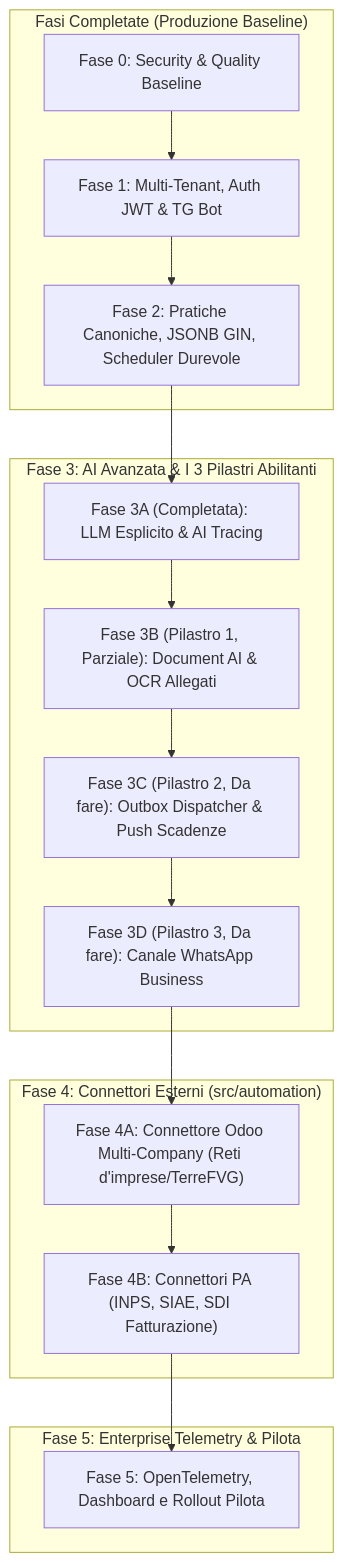
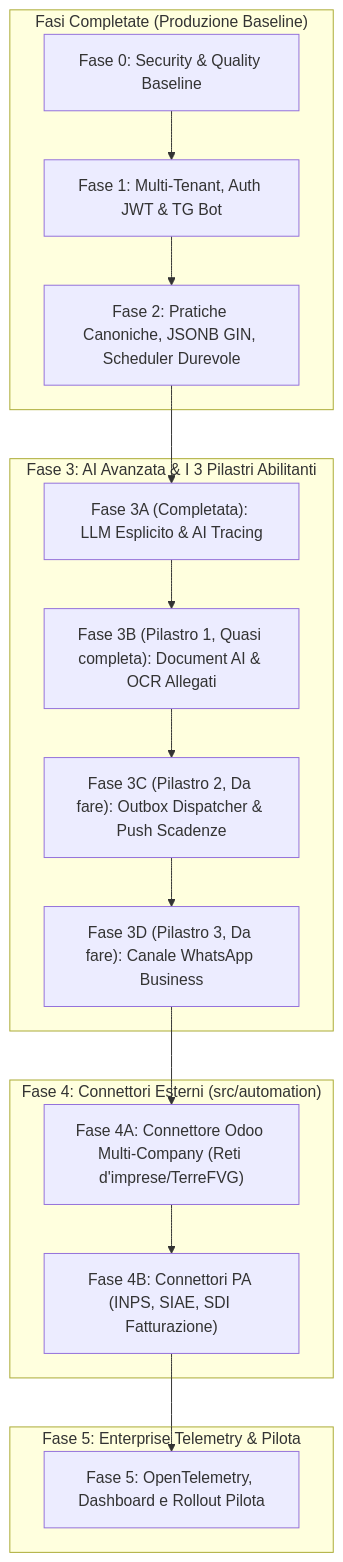
One commit to Sinfoni4/SinfonIA changed the diagram in docs/CRONOPROGRAMMA_EVOLUTIVO.md. Above: the diagram before and after it, drawn with Mermaid. The commit also changed other lines of this file and 4 other files, not shown here.

First line of the commit message:
docs: post-audit status report, phase 3 comparison, step roadmap and OCR update

````diff
--- a/docs/CRONOPROGRAMMA_EVOLUTIVO.md
+++ b/docs/CRONOPROGRAMMA_EVOLUTIVO.md
@@ -9,28 +9,28 @@
 ```mermaid
 flowchart TD
     subgraph COMPLETATO["Fasi Completate (Produzione Baseline)"]
         F0["Fase 0: Security & Quality Baseline"]
         F1["Fase 1: Multi-Tenant, Auth JWT & TG Bot"]
         F2["Fase 2: Pratiche Canoniche, JSONB GIN, Scheduler Durevole"]
         F0 --> F1 --> F2
     end
 
     subgraph ATTUALE["Fase 3: AI Avanzata & I 3 Pilastri Abilitanti"]
         F3A["Fase 3A (Completata): LLM Esplicito & AI Tracing"]
-        F3B["Fase 3B (Pilastro 1, Parziale): Document AI & OCR Allegati"]
+        F3B["Fase 3B (Pilastro 1, Quasi completa): Document AI & OCR Allegati"]
         F3C["Fase 3C (Pilastro 2, Da fare): Outbox Dispatcher & Push Scadenze"]
         F3D["Fase 3D (Pilastro 3, Da fare): Canale WhatsApp Business"]
         F2 --> F3A --> F3B --> F3C --> F3D
     end
 
     subgraph AUTOMAZIONE["Fase 4: Connettori Esterni (src/automation)"]
         F4A["Fase 4A: Connettore Odoo Multi-Company (Reti d'imprese/TerreFVG)"]
         F4B["Fase 4B: Connettori PA (INPS, SIAE, SDI Fatturazione)"]
         F3D --> F4A --> F4B
     end
 
     subgraph HARDENING["Fase 5: Enterprise Telemetry & Pilota"]
         F5["Fase 5: OpenTelemetry, Dashboard e Rollout Pilota"]
         F4B --> F5
     end
 ```
````
